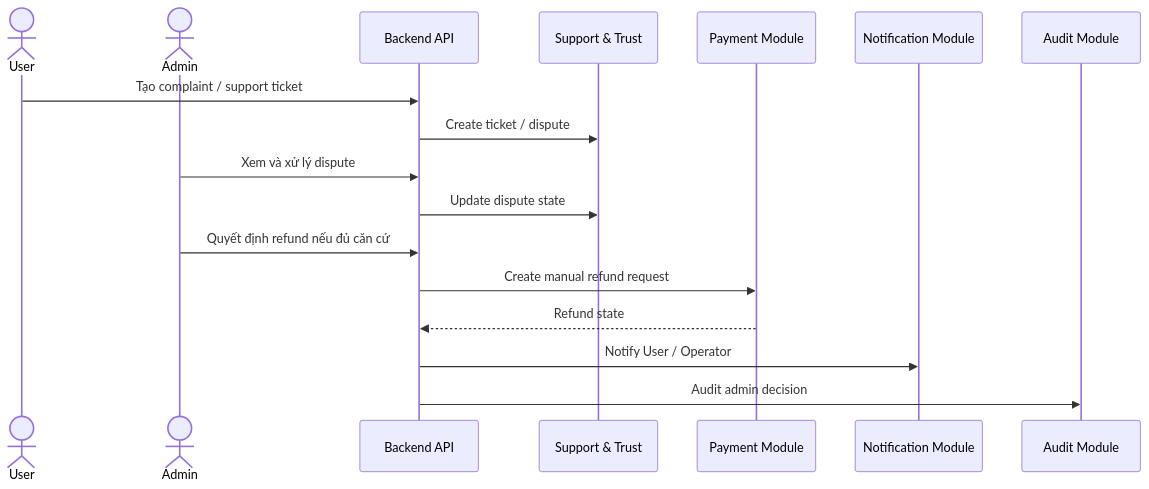
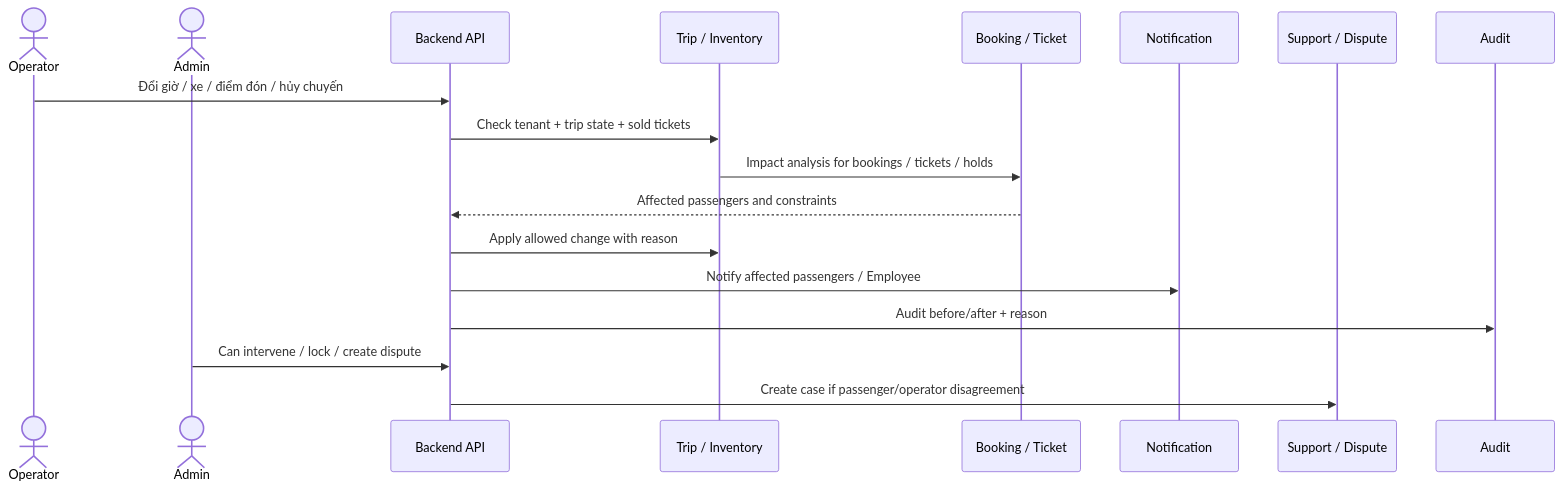
The fifth of 8 diagrams in doc/vi/SDLC/02-hld-he-thong-dat-ve-xe-khach.md (nhkhanhyn0410/Ve_Xe_Nhanh_NestJS_NextJs_ReactNative), drawn with Mermaid before and after one commit. The commit also changed other lines of this file and 3 other files, not shown here.

````diff
--- a/doc/vi/SDLC/02-hld-he-thong-dat-ve-xe-khach.md
+++ b/doc/vi/SDLC/02-hld-he-thong-dat-ve-xe-khach.md
@@ -342,20 +637,21 @@
 ```mermaid
 sequenceDiagram
-    actor U as User
+    actor O as Operator
     actor AD as Admin
     participant API as Backend API
-    participant S as Support & Trust
-    participant P as Payment Module
-    participant N as Notification Module
-    participant A as Audit Module
+    participant T as Trip / Inventory
+    participant B as Booking / Ticket
+    participant N as Notification
+    participant S as Support / Dispute
+    participant A as Audit
 
-    U->>API: Tạo complaint / support ticket
-    API->>S: Create ticket / dispute
-    AD->>API: Xem và xử lý dispute
-    API->>S: Update dispute state
-    AD->>API: Quyết định refund nếu đủ căn cứ
-    API->>P: Create manual refund request
-    P-->>API: Refund state
-    API->>N: Notify User / Operator
-    API->>A: Audit admin decision
+    O->>API: Đổi giờ / xe / điểm đón / hủy chuyến
+    API->>T: Check tenant + trip state + sold tickets
+    T->>B: Impact analysis for bookings / tickets / holds
+    B-->>API: Affected passengers and constraints
+    API->>T: Apply allowed change with reason
+    API->>N: Notify affected passengers / Employee
+    API->>A: Audit before/after + reason
+    AD->>API: Can intervene / lock / create dispute
+    API->>S: Create case if passenger/operator disagreement
 ```
````
